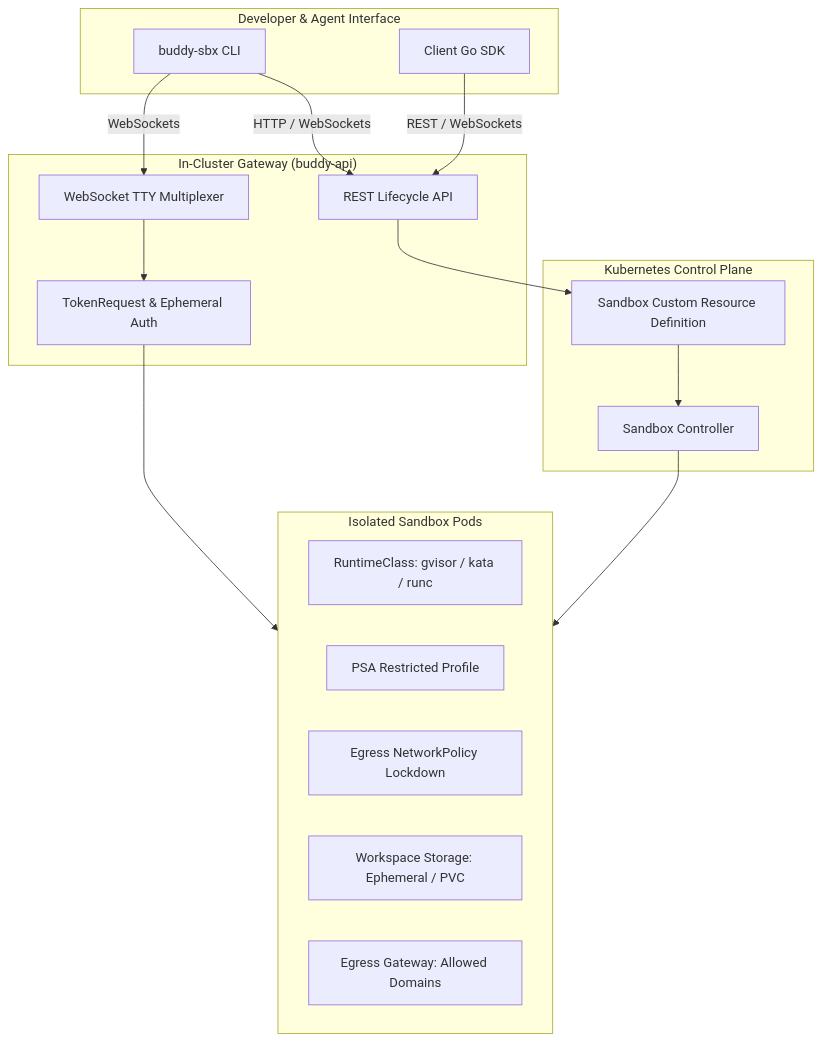
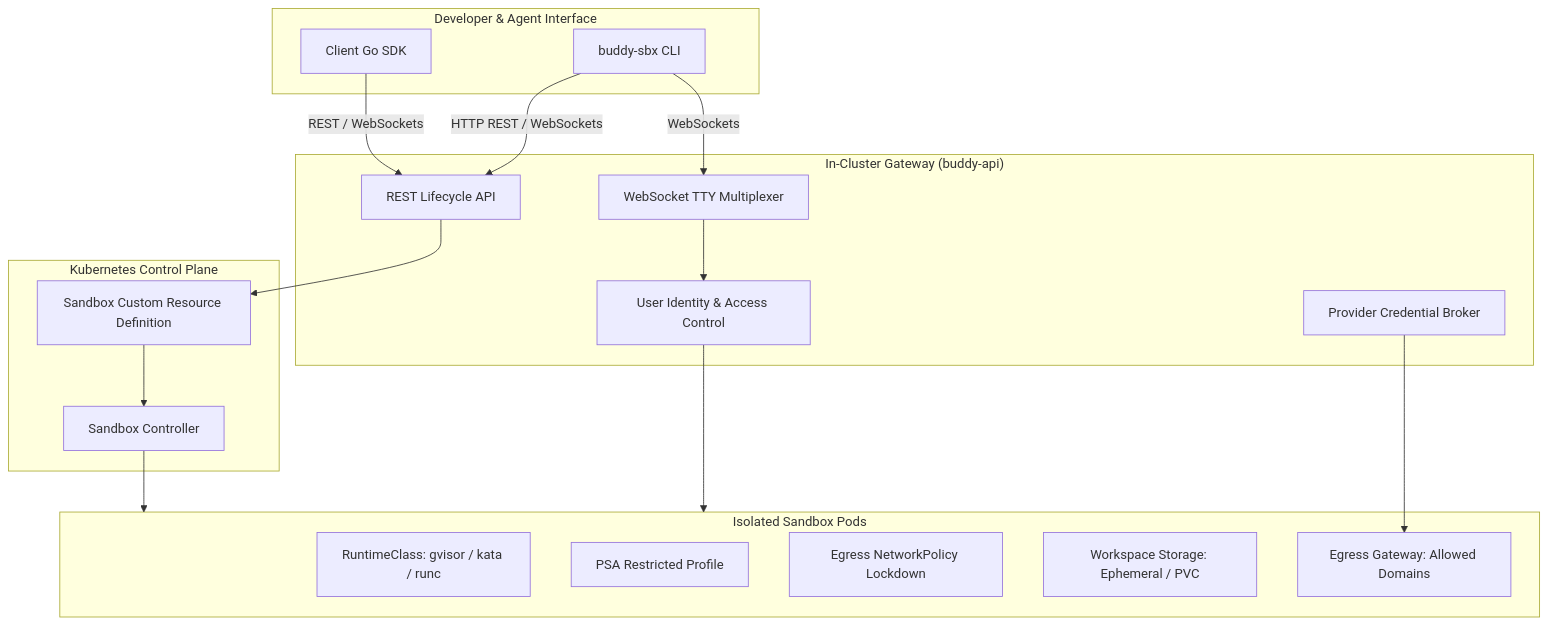
One commit to hoangndst/buddy-sandboxes changed the first of 2 diagrams in docs/roadmap.md. Above: the diagram before and after it, drawn with Mermaid. The commit also changed other lines of this file and 70 other files, not shown here.

First line of the commit message:
feat(auth): add user identity and brokered provider credentials (#11)

````diff
--- a/docs/roadmap.md
+++ b/docs/roadmap.md
@@ -21,34 +16,36 @@
 ```mermaid
 flowchart TD
     subgraph ClientLayer["Developer & Agent Interface"]
         CLI[buddy-sbx CLI]
         SDK[Client Go SDK]
     end
 
     subgraph GatewayLayer["In-Cluster Gateway (buddy-api)"]
         REST[REST Lifecycle API]
         WS[WebSocket TTY Multiplexer]
-        Auth[TokenRequest & Ephemeral Auth]
+        Broker[Provider Credential Broker]
+        Auth[User Identity & Access Control]
     end
 
     subgraph ControlPlane["Kubernetes Control Plane"]
         CRD[Sandbox Custom Resource Definition]
         Reconciler[Sandbox Controller]
     end
 
     subgraph WorkloadLayer["Isolated Sandbox Pods"]
         Runtime[RuntimeClass: gvisor / kata / runc]
         Security[PSA Restricted Profile]
         NetPol[Egress NetworkPolicy Lockdown]
         Workspace[Workspace Storage: Ephemeral / PVC]
         Proxy[Egress Gateway: Allowed Domains]
     end
 
-    CLI -->|HTTP / WebSockets| REST
+    CLI -->|HTTP REST / WebSockets| REST
     CLI -->|WebSockets| WS
     SDK -->|REST / WebSockets| REST
     REST --> CRD
     WS --> Auth --> WorkloadLayer
+    Broker --> Proxy
     CRD --> Reconciler
     Reconciler --> WorkloadLayer
 ```
````
